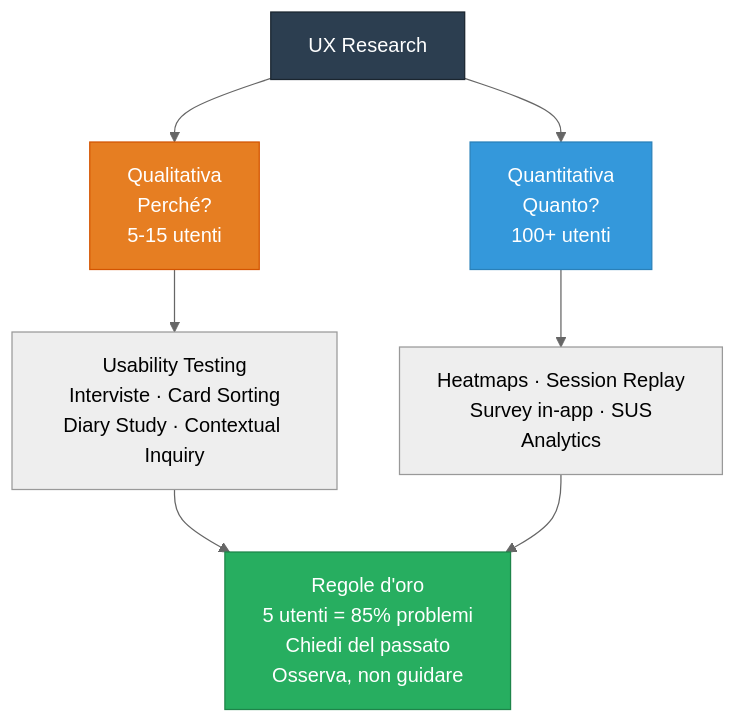
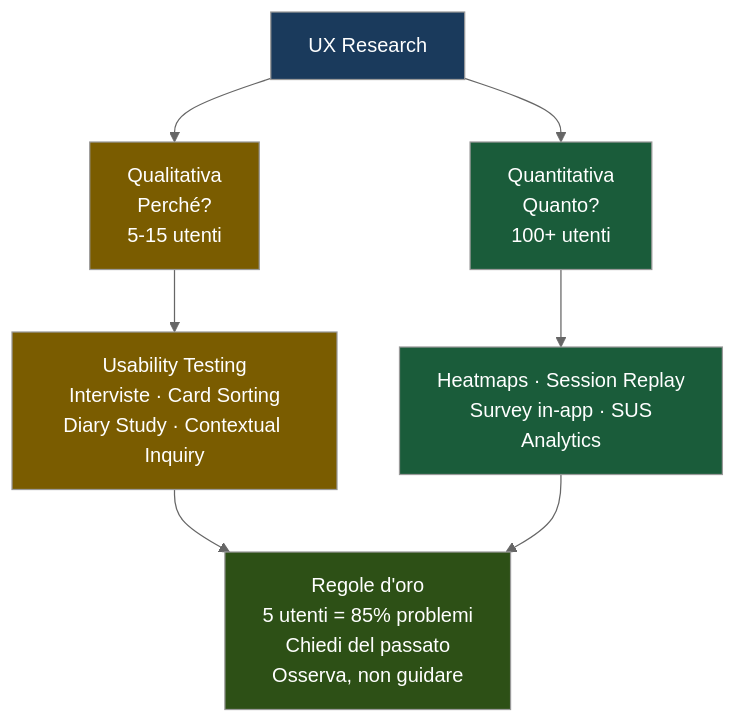
One commit to AndreyBertasini/gynnitech changed the fourth of 4 diagrams in src/content/corso/analisi-prodotto/ux-research.mdx. Above: the diagram before and after it, drawn with Mermaid (neutral theme). The commit also changed other lines of this file and 21 other files, not shown here.

First line of the commit message:
style: applica color scheme semantico a tutti i diagrammi Mermaid del corso

````diff
--- a/src/content/corso/analisi-prodotto/ux-research.mdx
+++ b/src/content/corso/analisi-prodotto/ux-research.mdx
@@ -195,13 +206,15 @@
 ```mermaid
 graph TD
     START["UX Research"] --> QUAL["Qualitativa\nPerché?\n5-15 utenti"]
     START --> QUANT["Quantitativa\nQuanto?\n100+ utenti"]
     QUAL --> METHODS_Q["Usability Testing\nInterviste · Card Sorting\nDiary Study · Contextual Inquiry"]
     QUANT --> METHODS_N["Heatmaps · Session Replay\nSurvey in-app · SUS\nAnalytics"]
     METHODS_Q --> RULE["Regole d'oro\n5 utenti = 85% problemi\nChiedi del passato\nOsserva, non guidare"]
     METHODS_N --> RULE
-    style START fill:#2c3e50,stroke:#1a252f,color:#fff
-    style QUAL fill:#e67e22,stroke:#d35400,color:#fff
-    style QUANT fill:#3498db,stroke:#2980b9,color:#fff
-    style RULE fill:#27ae60,stroke:#1e8449,color:#fff
+    style START fill:#1a3a5c,color:#ffffff
+    style QUAL fill:#7a5c00,color:#ffffff
+    style QUANT fill:#1a5c3a,color:#ffffff
+    style METHODS_Q fill:#7a5c00,color:#ffffff
+    style METHODS_N fill:#1a5c3a,color:#ffffff
+    style RULE fill:#2d5016,color:#ffffff
 ```
````
